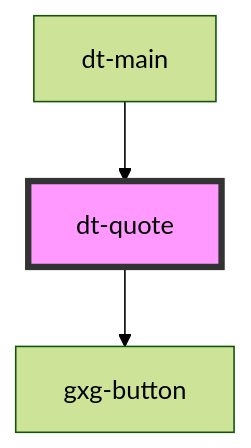
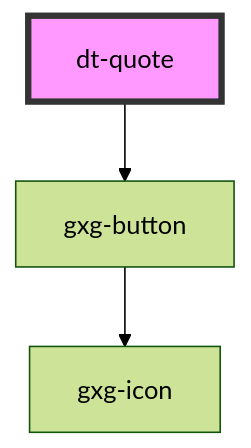
Before and after one commit to genexuslabs/design-tokens-editor: the diagram in src/components/quote/readme.md, drawn with Mermaid (forest theme). The commit also changed other lines of this file and 76 other files, not shown here.

````diff
--- a/src/components/quote/readme.md
+++ b/src/components/quote/readme.md
@@ -38,6 +34,6 @@
 ```mermaid
 graph TD;
   dt-quote --> gxg-button
-  dt-main --> dt-quote
+  gxg-button --> gxg-icon
   style dt-quote fill:#f9f,stroke:#333,stroke-width:4px
 ```
````
